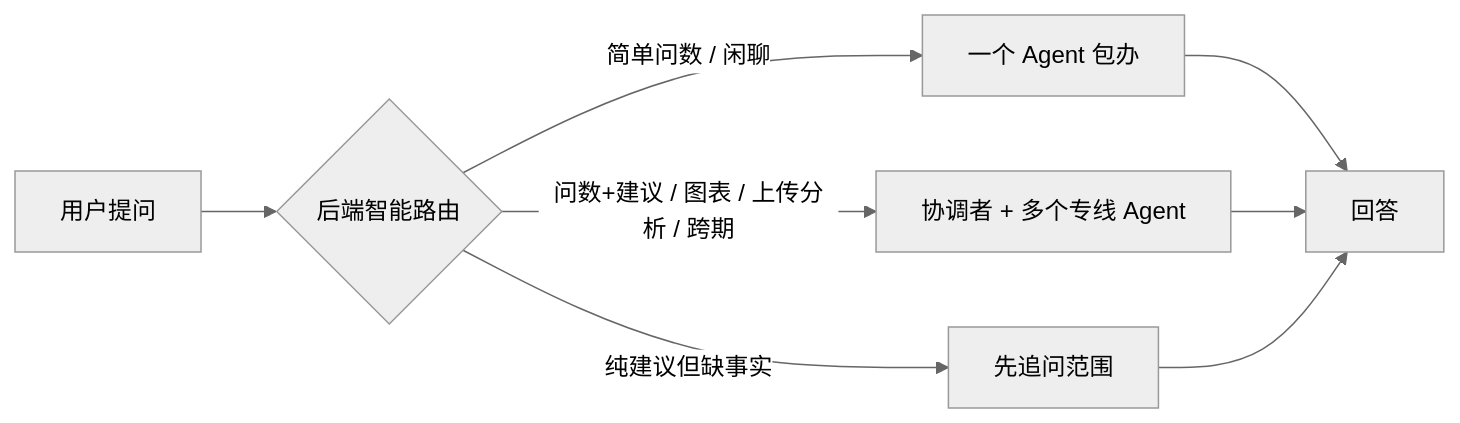
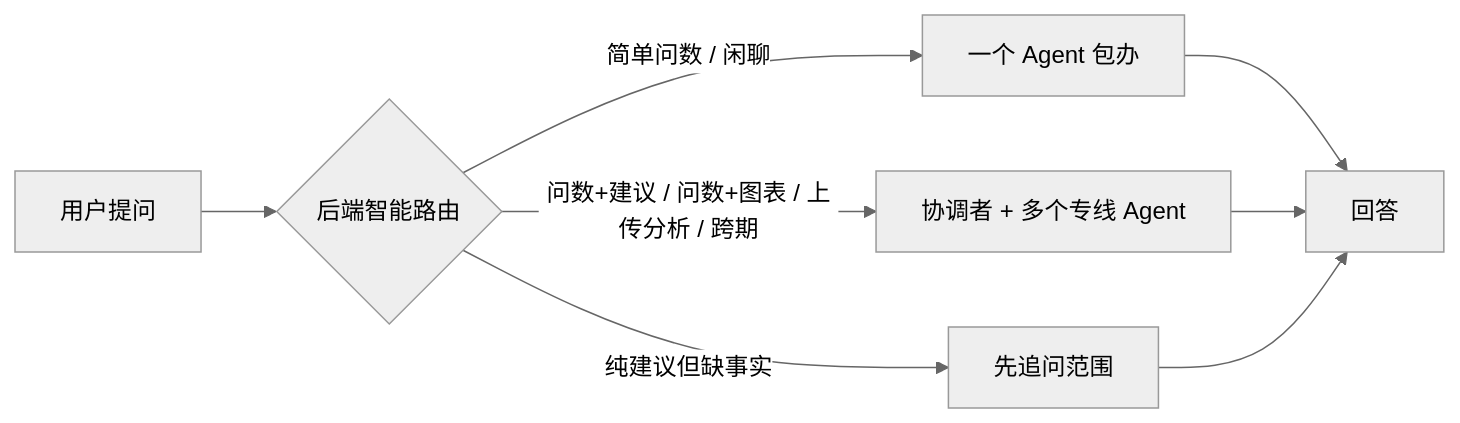
Before and after one commit to secary/chat-bi: the fourth of 5 diagrams in docs/guide/agent-flow.md, drawn with Mermaid (neutral theme). The commit also changed 8 other files, not shown here.

Commit message:
ref: fixed multi agent route

````diff
--- a/docs/guide/agent-flow.md
+++ b/docs/guide/agent-flow.md
@@ -71,10 +71,10 @@
 ```mermaid
 flowchart LR
     Q[用户提问] --> SW{后端智能路由}
     SW -->|简单问数 / 闲聊| ONE[一个 Agent 包办]
-    SW -->|问数+建议 / 图表 / 上传分析 / 跨期| MULTI[协调者 + 多个专线 Agent]
+    SW -->|问数+建议 / 问数+图表 / 上传分析 / 跨期| MULTI[协调者 + 多个专线 Agent]
     SW -->|纯建议但缺事实| ASK[先追问范围]
     ONE --> ANS[回答]
     MULTI --> ANS
     ASK --> ANS
 ```
````
